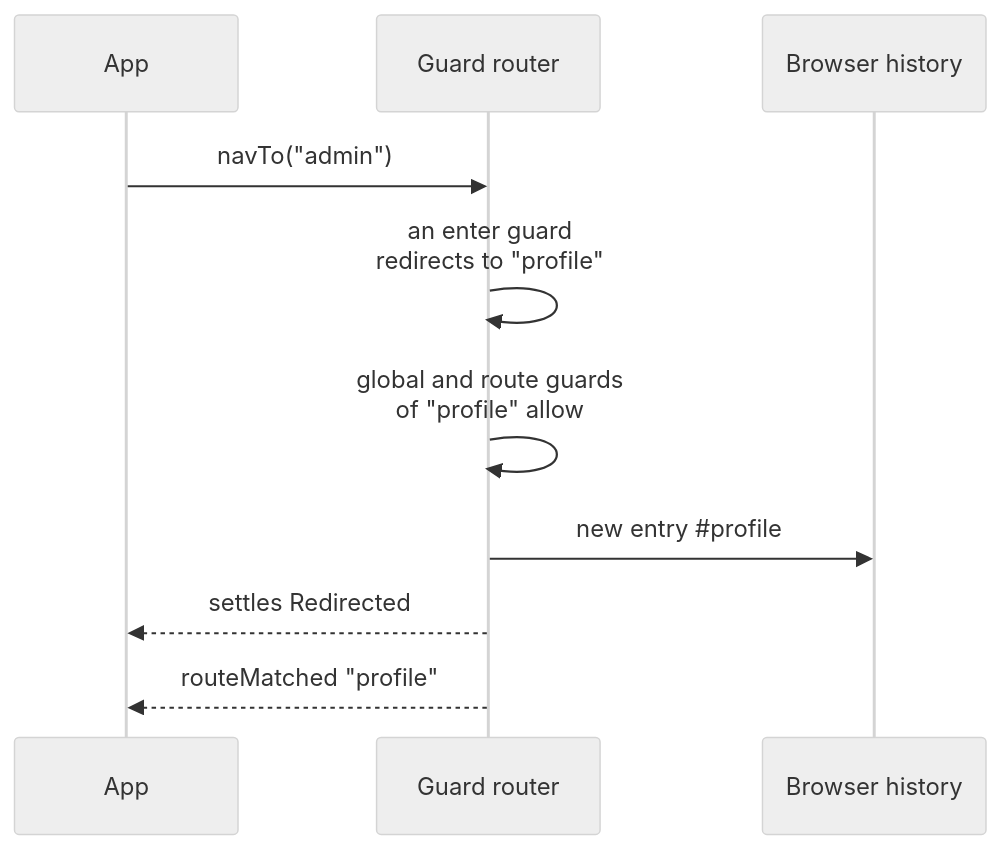
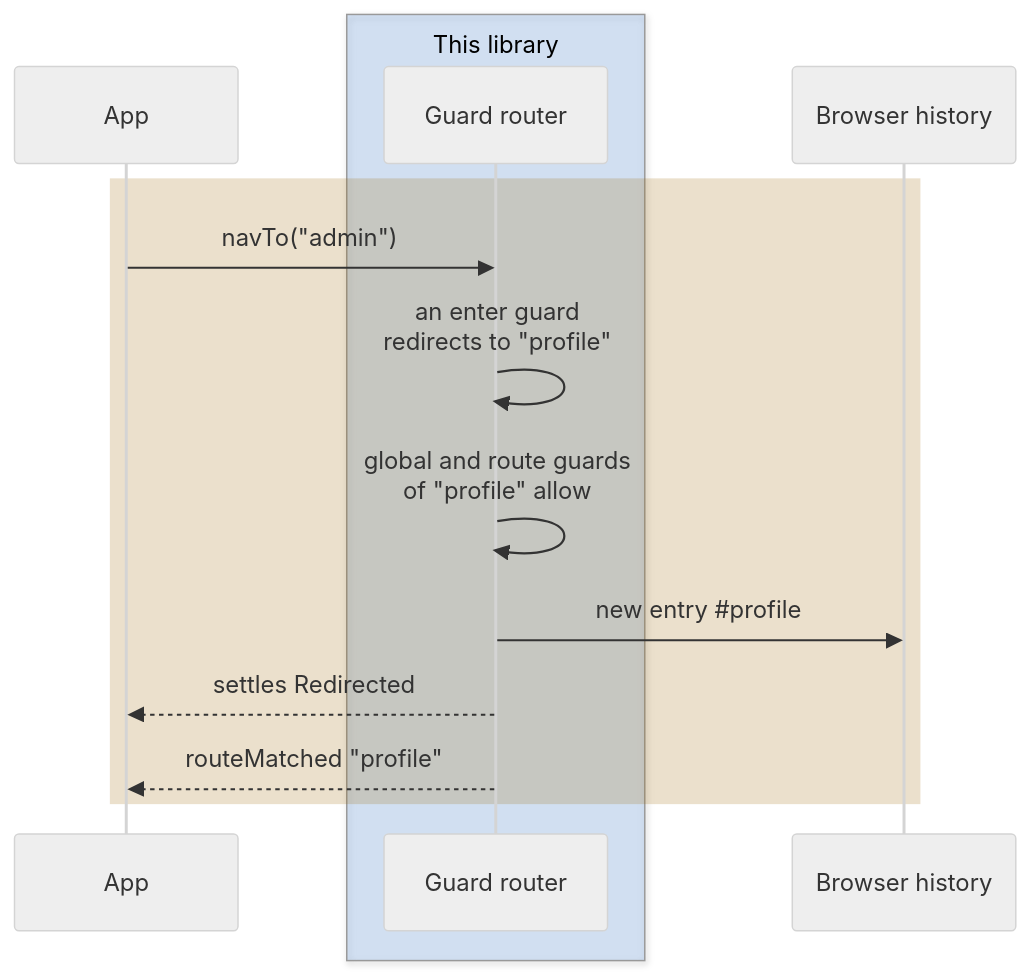
The sixth of 9 diagrams in packages/lib/README.md (wridgeu/ui5-lib-guard-router), drawn with Mermaid (neutral theme) before and after one commit. The commit also changed other lines of this file and 4 other files, not shown here.

First line of the commit message:
docs: give every diagram the one palette and a legend

````diff
--- a/packages/lib/README.md
+++ b/packages/lib/README.md
@@ -1189,12 +1205,16 @@
 ```mermaid
 sequenceDiagram
     participant App
-    participant Router as Guard router
+    box rgba(9, 105, 218, 0.15) This library
+        participant Router as Guard router
+    end
     participant History as Browser history
-    App->>Router: navTo("admin")
-    Router->>Router: an enter guard<br/>redirects to "profile"
-    Router->>Router: global and route guards<br/>of "profile" allow
-    Router->>History: new entry #35;profile
-    Router-->>App: settles Redirected
-    Router-->>App: routeMatched "profile"
+    rect rgba(154, 103, 0, 0.2)
+        App->>Router: navTo("admin")
+        Router->>Router: an enter guard<br/>redirects to "profile"
+        Router->>Router: global and route guards<br/>of "profile" allow
+        Router->>History: new entry #35;profile
+        Router-->>App: settles Redirected
+        Router-->>App: routeMatched "profile"
+    end
 ```
````
